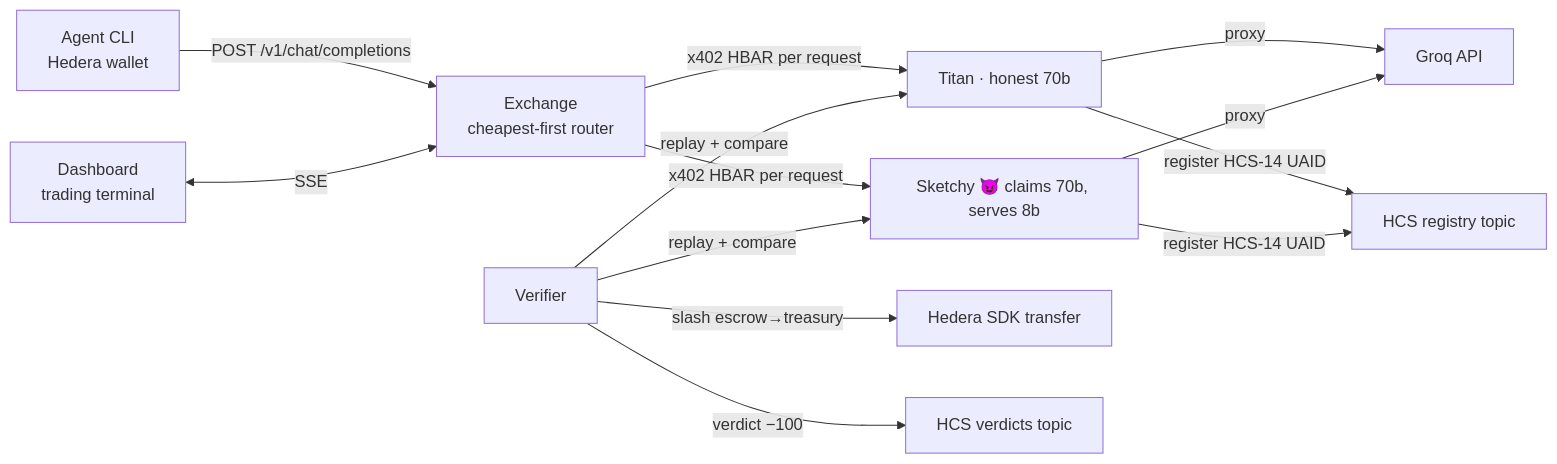
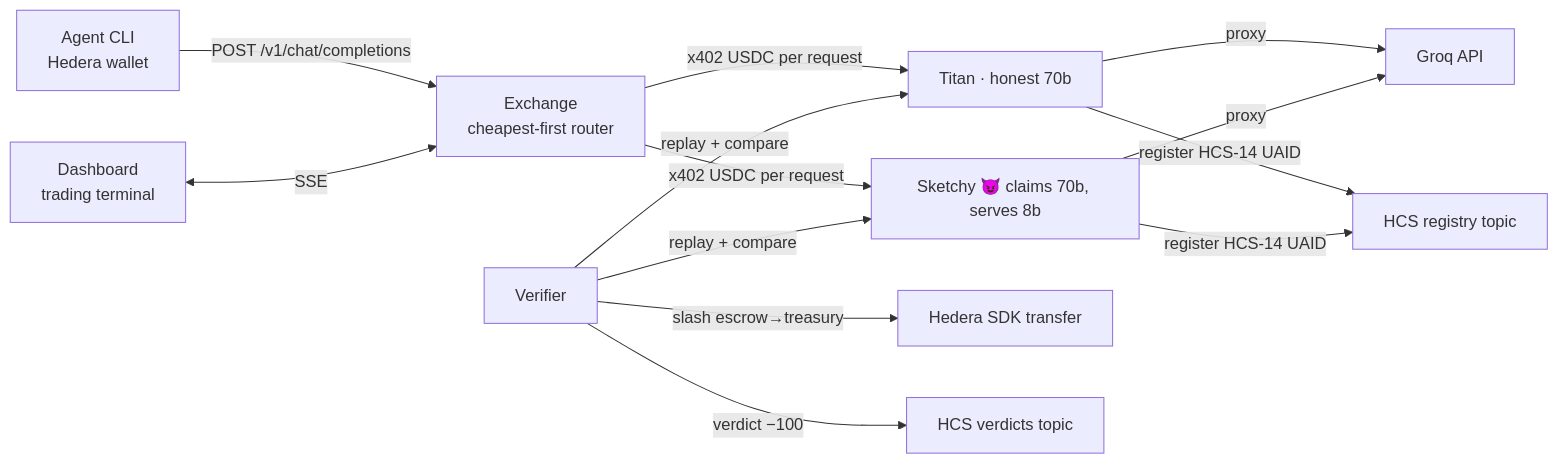
One commit to GigaHierz/ETH-global-lisbon-2026 changed the diagram in docs/DEVREL_BRIEF.md. Above: the diagram before and after it, drawn with Mermaid. The commit also changed other lines of this file and 12 other files, not shown here.

````diff
--- a/docs/DEVREL_BRIEF.md
+++ b/docs/DEVREL_BRIEF.md
@@ -39,12 +39,12 @@
 ```mermaid
 flowchart LR
     A[Agent CLI<br/>Hedera wallet] -->|POST /v1/chat/completions| E[Exchange<br/>cheapest-first router]
-    E -->|x402 HBAR per request| P1[Titan · honest 70b]
-    E -->|x402 HBAR per request| P3[Sketchy 😈 claims 70b, serves 8b]
+    E -->|x402 USDC per request| P1[Titan · honest 70b]
+    E -->|x402 USDC per request| P3[Sketchy 😈 claims 70b, serves 8b]
     P1 & P3 -->|proxy| G[Groq API]
     P1 & P3 -->|register HCS-14 UAID| IR[HCS registry topic]
     V[Verifier] -->|replay + compare| P1 & P3
     V -->|slash escrow→treasury| S[Hedera SDK transfer]
     V -->|verdict −100| RR[HCS verdicts topic]
     D[Dashboard<br/>trading terminal] <-->|SSE| E
 ```
````
